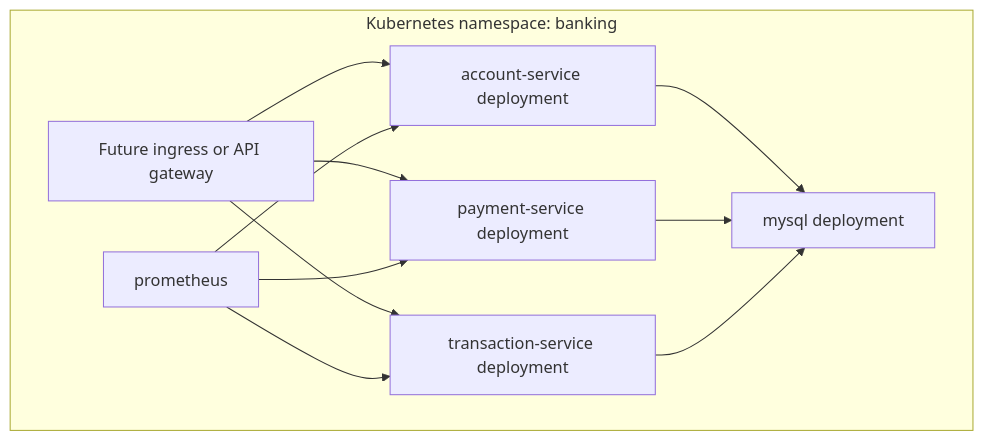
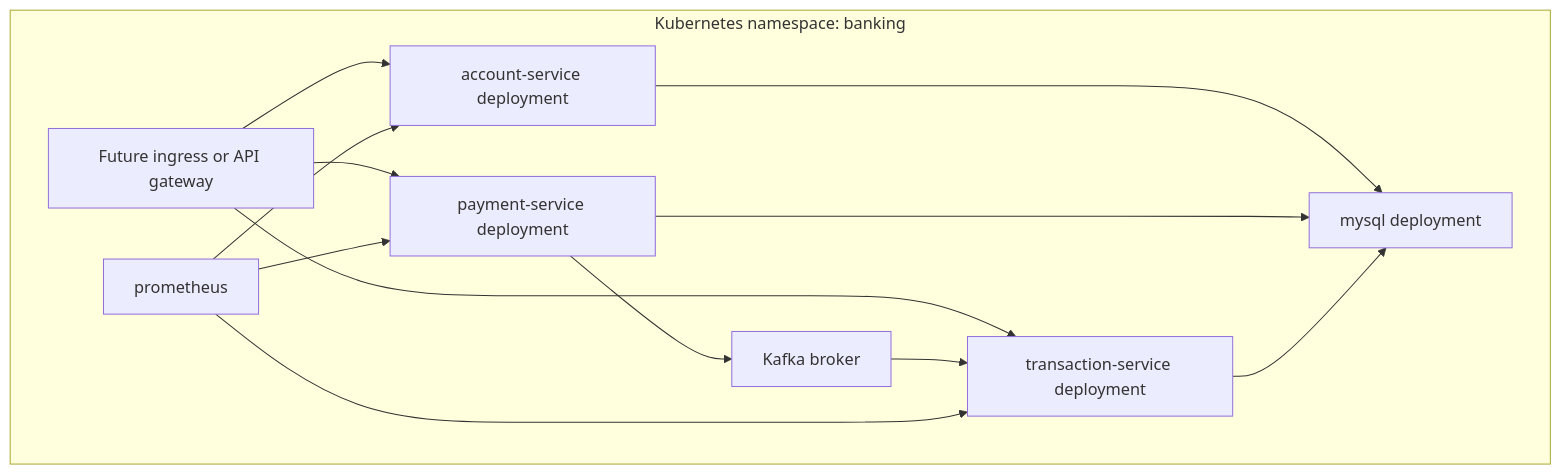
The second of 3 diagrams in docs/architecture.md (J4vedskh/finbank-microservices-lab), drawn with Mermaid before and after one commit. The commit also changed other lines of this file and 1 other file, not shown here.

````diff
--- a/docs/architecture.md
+++ b/docs/architecture.md
@@ -105,21 +111,24 @@
 ```mermaid
 flowchart TB
     subgraph Cluster["Kubernetes namespace: banking"]
         Ingress["Future ingress or API gateway"]
         AccountPod["account-service deployment"]
         PaymentPod["payment-service deployment"]
         TransactionPod["transaction-service deployment"]
         MySQLPod["mysql deployment"]
+        KafkaPod["Kafka broker"]
         PrometheusPod["prometheus"]
     end
 
     Ingress --> AccountPod
     Ingress --> PaymentPod
     Ingress --> TransactionPod
     AccountPod --> MySQLPod
     PaymentPod --> MySQLPod
     TransactionPod --> MySQLPod
+    PaymentPod --> KafkaPod
+    KafkaPod --> TransactionPod
     PrometheusPod --> AccountPod
     PrometheusPod --> PaymentPod
     PrometheusPod --> TransactionPod
 ```
````
